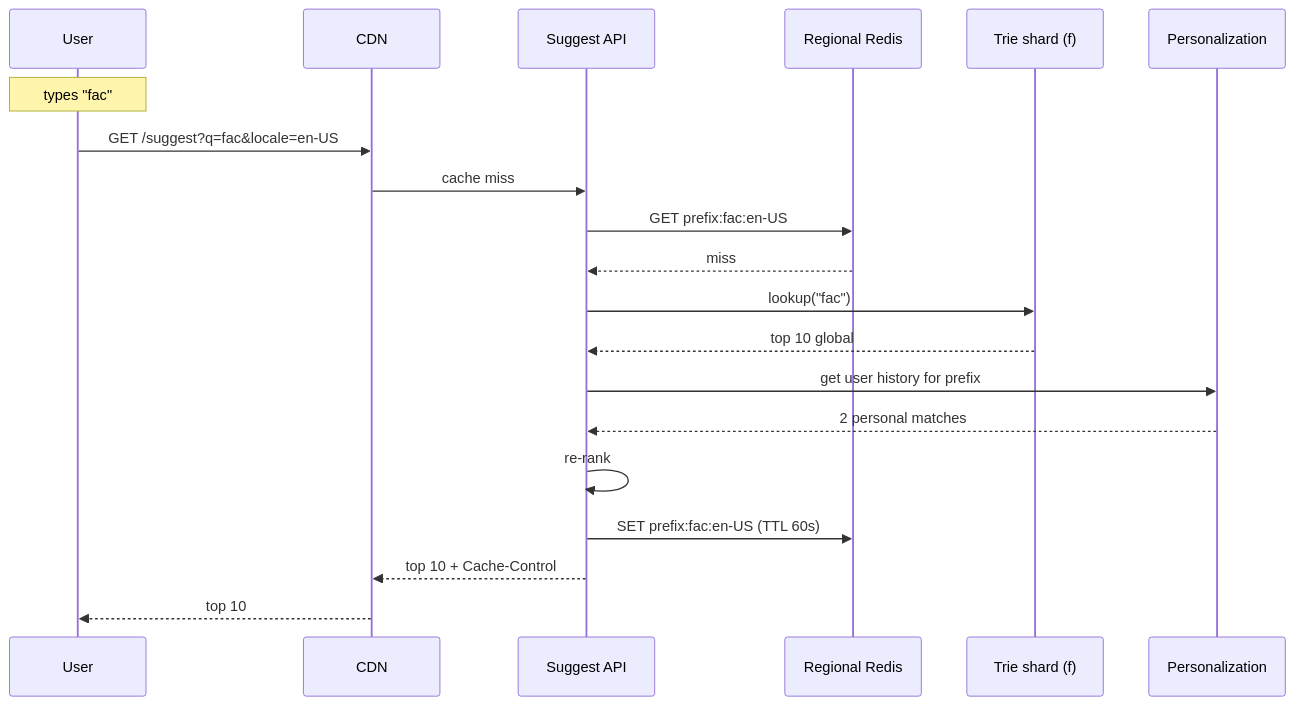
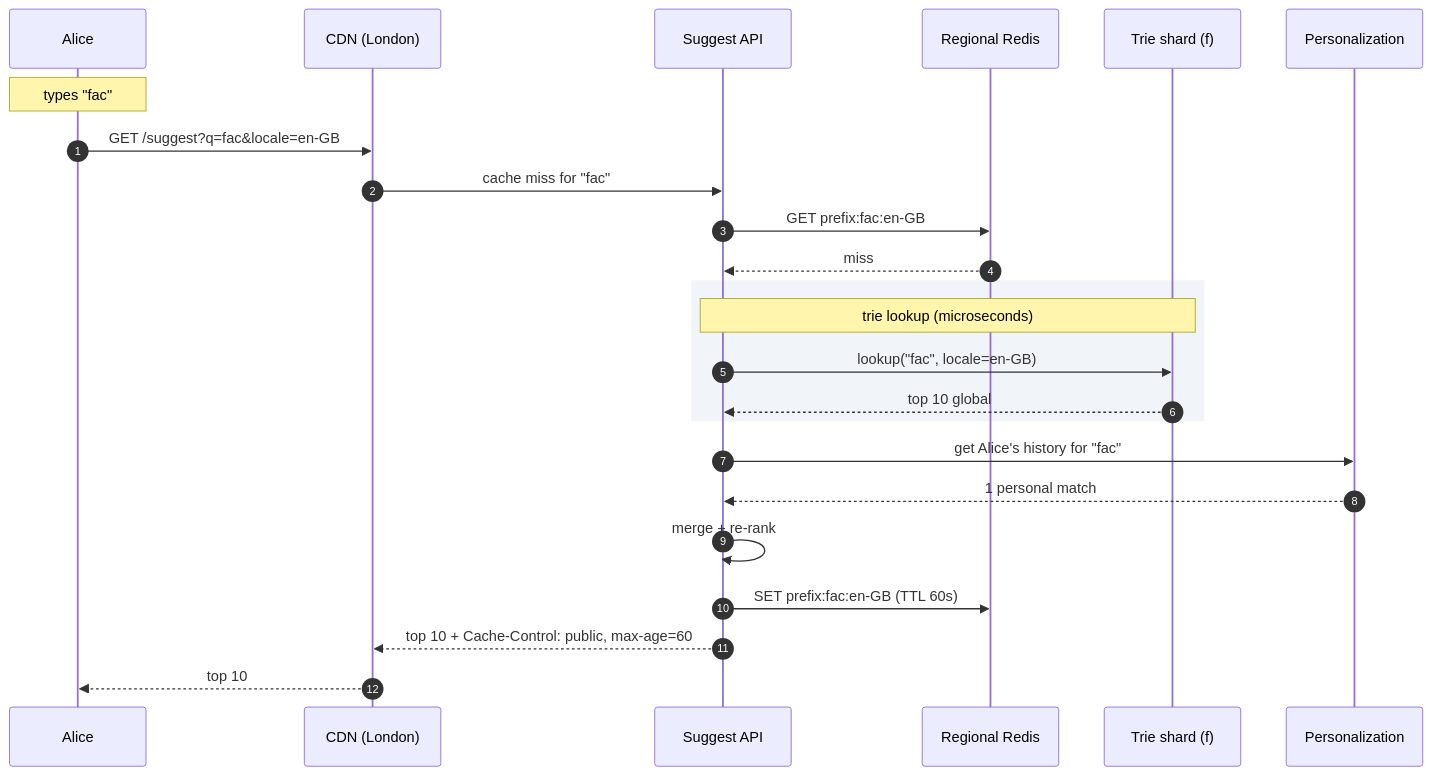
The second of 3 diagrams in problems/005-typeahead-autocomplete/solution.md (shiningflash/system-design), drawn with Mermaid before and after one commit. The commit also changed other lines of this file and 38 other files, not shown here.

````diff
--- a/problems/005-typeahead-autocomplete/solution.md
+++ b/problems/005-typeahead-autocomplete/solution.md
@@ -305,23 +243,29 @@
 ```mermaid
 sequenceDiagram
-    participant U as User
-    participant CDN as CDN
+    autonumber
+    participant Alice
+    participant CDN as CDN (London)
     participant API as Suggest API
     participant R as Regional Redis
     participant T as Trie shard (f)
     participant P as Personalization
 
-    Note over U: types "fac"
-    U->>CDN: GET /suggest?q=fac&locale=en-US
-    CDN->>API: cache miss
-    API->>R: GET prefix:fac:en-US
+    Note over Alice: types "fac"
+    Alice->>CDN: GET /suggest?q=fac&locale=en-GB
+    CDN->>API: cache miss for "fac"
+    API->>R: GET prefix:fac:en-GB
     R-->>API: miss
-    API->>T: lookup("fac")
-    T-->>API: top 10 global
-    API->>P: get user history for prefix
-    P-->>API: 2 personal matches
-    API->>API: re-rank
-    API->>R: SET prefix:fac:en-US (TTL 60s)
-    API-->>CDN: top 10 + Cache-Control
-    CDN-->>U: top 10
+
+    rect rgb(241, 245, 249)
+        Note over API,T: trie lookup (microseconds)
+        API->>T: lookup("fac", locale=en-GB)
+        T-->>API: top 10 global
+    end
+
+    API->>P: get Alice's history for "fac"
+    P-->>API: 1 personal match
+    API->>API: merge + re-rank
+    API->>R: SET prefix:fac:en-GB (TTL 60s)
+    API-->>CDN: top 10 + Cache-Control: public, max-age=60
+    CDN-->>Alice: top 10
 ```
````
